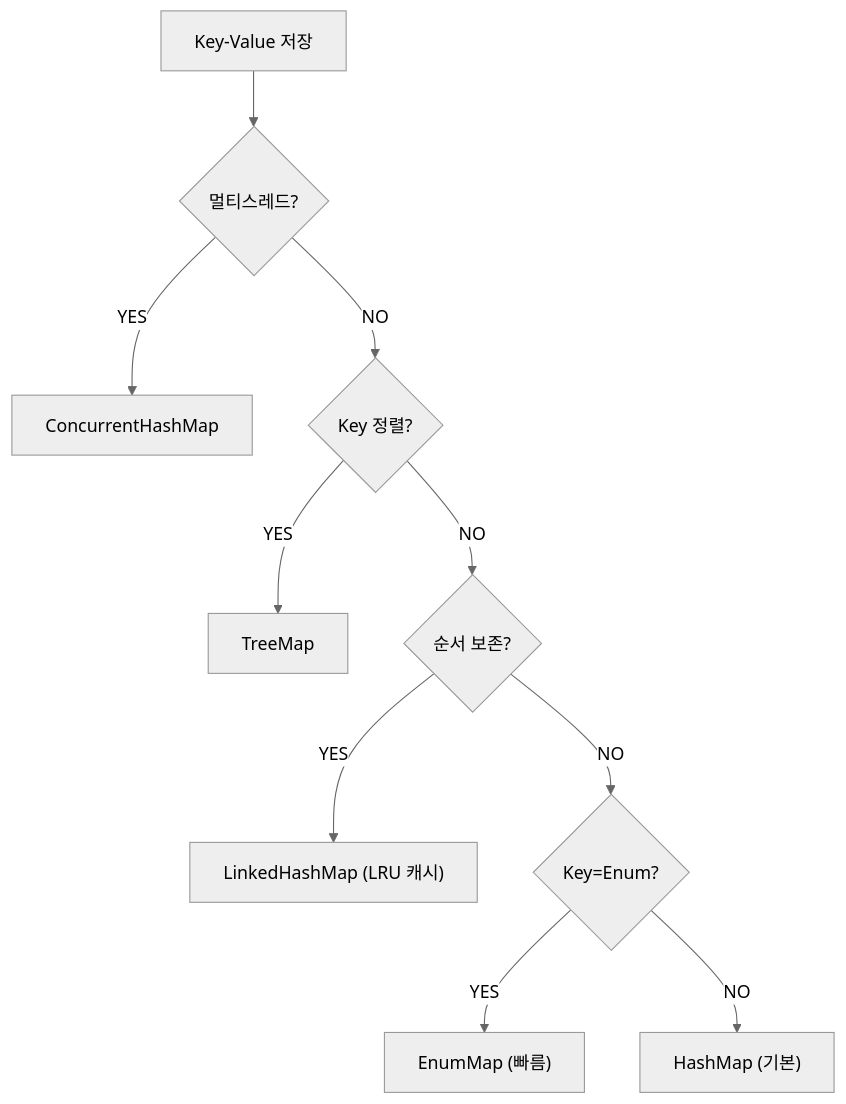
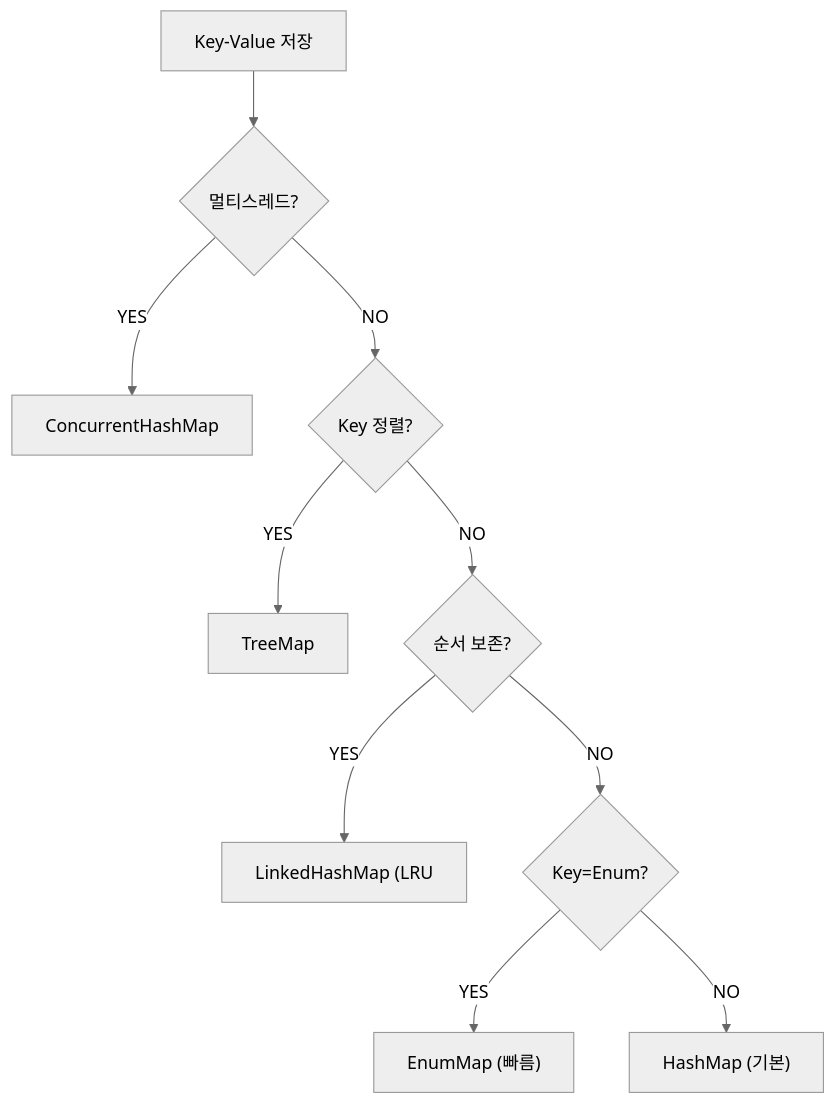
One commit to yjkim2015/yjkim2015.github.io changed diagram 21 of 21 in _posts/java/2026-05-01-java-collections.md. Above: the diagram before and after it, drawn with Mermaid (neutral theme). The commit also changed other lines of this file and 271 other files, not shown here.

First line of the commit message:
Mermaid 라벨 축소: 긴 노드 텍스트 18자 이하로 트림 + \n 제거

````diff
--- a/_posts/java/2026-05-01-java-collections.md
+++ b/_posts/java/2026-05-01-java-collections.md
@@ -992,12 +992,12 @@
 ```mermaid
 graph TD
     M0["Key-Value 저장"] --> M1{"멀티스레드?"}
     M1 -->|YES| M2["ConcurrentHashMap"]
     M1 -->|NO| M3{"Key 정렬?"}
     M3 -->|YES| M4["TreeMap"]
     M3 -->|NO| M5{"순서 보존?"}
-    M5 -->|YES| M6["LinkedHashMap (LRU 캐시)"]
+    M5 -->|YES| M6["LinkedHashMap (LRU"]
     M5 -->|NO| M7{"Key=Enum?"}
     M7 -->|YES| M8["EnumMap (빠름)"]
     M7 -->|NO| M9["HashMap (기본)"]
 ```
````
